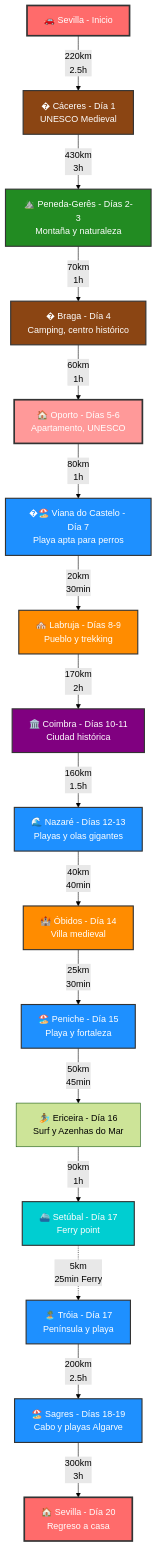
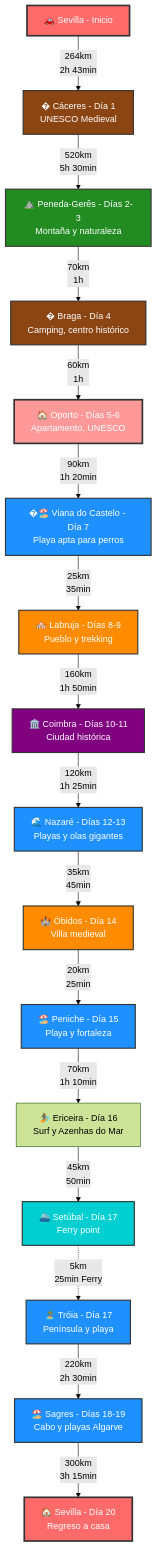
One commit to carlosrodlop/carlosrodlop-docs changed the first of 4 diagrams in trips/Portugal_2025.md. Above: the diagram before and after it, drawn with Mermaid (forest theme). The commit also changed other lines of this file, not shown here.

````diff
--- a/trips/Portugal_2025.md
+++ b/trips/Portugal_2025.md
@@ -34,41 +34,41 @@
 ```mermaid
 flowchart TD
-    A[🚗 Sevilla - Inicio] -->|220km<br/>2.5h| B[� Cáceres - Día 1<br/>UNESCO Medieval]
-    B -->|430km<br/>3h| C[⛰️ Peneda-Gerês - Días 2-3<br/>Montaña y naturaleza]
+    A[🚗 Sevilla - Inicio] -->|264km<br/>2h 43min| B[� Cáceres - Día 1<br/>UNESCO Medieval]
+    B -->|520km<br/>5h 30min| C[⛰️ Peneda-Gerês - Días 2-3<br/>Montaña y naturaleza]
     C -->|70km<br/>1h| D[�️ Braga - Día 4<br/>Camping, centro histórico]
     D -->|60km<br/>1h| E[🏠 Oporto - Días 5-6<br/>Apartamento, UNESCO]
-    E -->|80km<br/>1h| F[�🏖️ Viana do Castelo - Día 7<br/>Playa apta para perros]
-    F -->|20km<br/>30min| G[🏘️ Labruja - Días 8-9<br/>Pueblo y trekking]
-    G -->|170km<br/>2h| H[🏛️ Coimbra - Días 10-11<br/>Ciudad histórica]
-    H -->|160km<br/>1.5h| I[🌊 Nazaré - Días 12-13<br/>Playas y olas gigantes]
-    I -->|40km<br/>40min| J[🏰 Óbidos - Día 14<br/>Villa medieval]
-    J -->|25km<br/>30min| K[🏖️ Peniche - Día 15<br/>Playa y fortaleza]
-    K -->|50km<br/>45min| L[🏄 Ericeira - Día 16<br/>Surf y Azenhas do Mar]
-    L -->|90km<br/>1h| M[⛴️ Setúbal - Día 17<br/>Ferry point]
+    E -->|90km<br/>1h 20min| F[�🏖️ Viana do Castelo - Día 7<br/>Playa apta para perros]
+    F -->|25km<br/>35min| G[🏘️ Labruja - Días 8-9<br/>Pueblo y trekking]
+    G -->|160km<br/>1h 50min| H[🏛️ Coimbra - Días 10-11<br/>Ciudad histórica]
+    H -->|120km<br/>1h 25min| I[🌊 Nazaré - Días 12-13<br/>Playas y olas gigantes]
+    I -->|35km<br/>45min| J[🏰 Óbidos - Día 14<br/>Villa medieval]
+    J -->|20km<br/>25min| K[🏖️ Peniche - Día 15<br/>Playa y fortaleza]
+    K -->|70km<br/>1h 10min| L[🏄 Ericeira - Día 16<br/>Surf y Azenhas do Mar]
+    L -->|45km<br/>50min| M[⛴️ Setúbal - Día 17<br/>Ferry point]
     M -.->|5km<br/>25min Ferry| N[🏝️ Tróia - Día 17<br/>Península y playa]
-    N -->|200km<br/>2.5h| O[🏖️ Sagres - Días 18-19<br/>Cabo y playas Algarve]
-    O -->|300km<br/>3h| P[🏠 Sevilla - Día 20<br/>Regreso a casa]
+    N -->|220km<br/>2h 30min| O[🏖️ Sagres - Días 18-19<br/>Cabo y playas Algarve]
+    O -->|300km<br/>3h 15min| P[🏠 Sevilla - Día 20<br/>Regreso a casa]
 
     %% Estilos
     classDef inicio fill:#ff6b6b,stroke:#333,stroke-width:3px,color:#fff
     classDef medieval fill:#8b4513,stroke:#333,stroke-width:2px,color:#fff
     classDef camping fill:#8b4513,stroke:#333,stroke-width:2px,color:#fff
     classDef montaña fill:#228b22,stroke:#333,stroke-width:2px,color:#fff
     classDef playa fill:#1e90ff,stroke:#333,stroke-width:2px,color:#fff
     classDef ciudad fill:#800080,stroke:#333,stroke-width:2px,color:#fff
     classDef pueblo fill:#ff8c00,stroke:#333,stroke-width:2px,color:#fff
     classDef ferry fill:#00ced1,stroke:#333,stroke-width:2px,color:#fff
     classDef apartamento fill:#ff9999,stroke:#333,stroke-width:3px,color:#fff
     classDef final fill:#ff6b6b,stroke:#333,stroke-width:3px,color:#fff
 
     class A inicio
     class B medieval
     class C montaña
     class D camping
     class E apartamento
     class F,I,K,N,O playa
     class H ciudad
     class G,J pueblo
     class M ferry
     class P final
 ```
````
